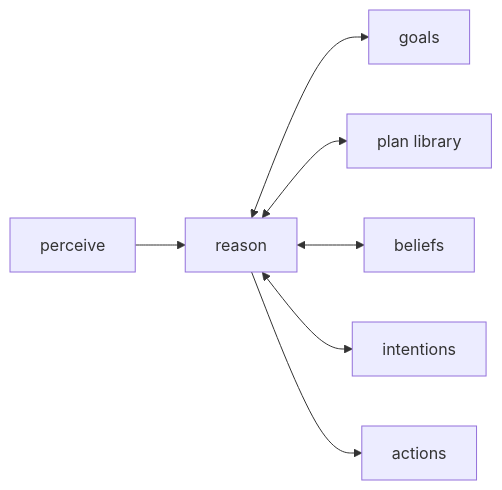
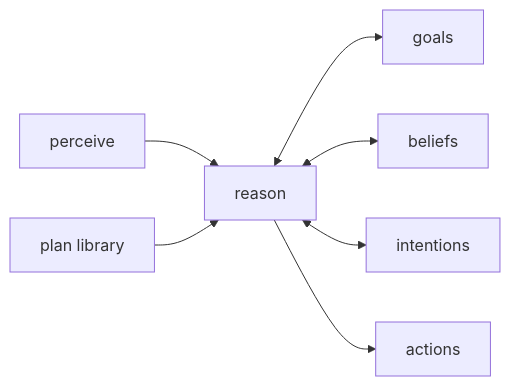
The third of 4 diagrams in Courses/AGAI/Lectures/AGAI-L06b - What Would Make a Chatbot an Agent.md (Stasieniec/university-vault), drawn with Mermaid before and after one commit. The commit also changed other lines of this file and 5 other files, not shown here.

````diff
--- a/Courses/AGAI/Lectures/AGAI-L06b - What Would Make a Chatbot an Agent.md
+++ b/Courses/AGAI/Lectures/AGAI-L06b - What Would Make a Chatbot an Agent.md
@@ -221,9 +227,9 @@
 ```mermaid
 flowchart LR
   P[perceive] --> R[reason]
   R <--> G[goals]
-  R <--> PL[plan library]
+  PL[plan library] --> R
   R <--> B[beliefs]
   R <--> I[intentions]
   R --> A[actions]
 ```
````
